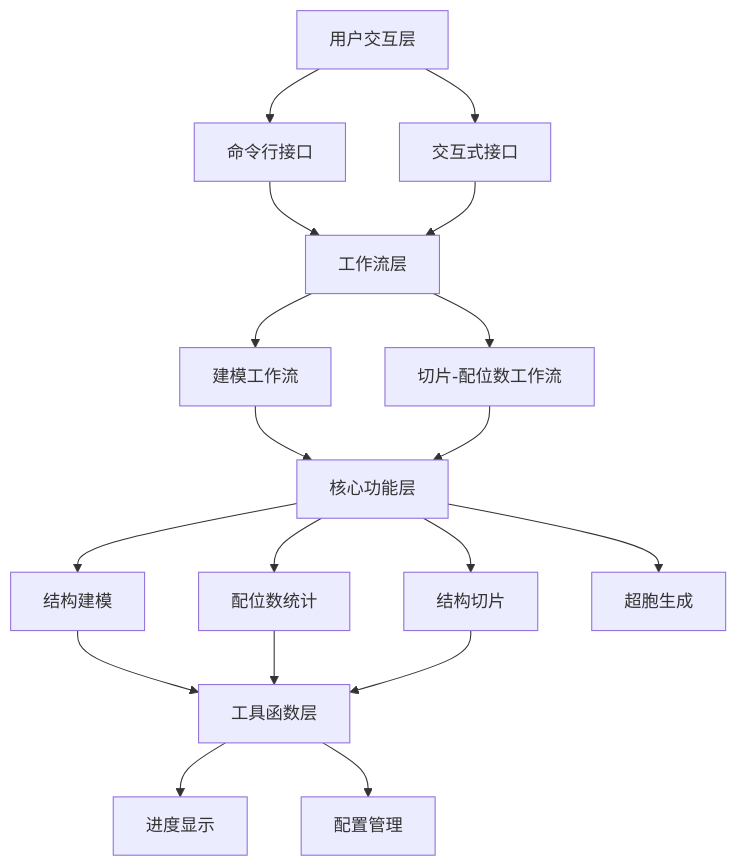
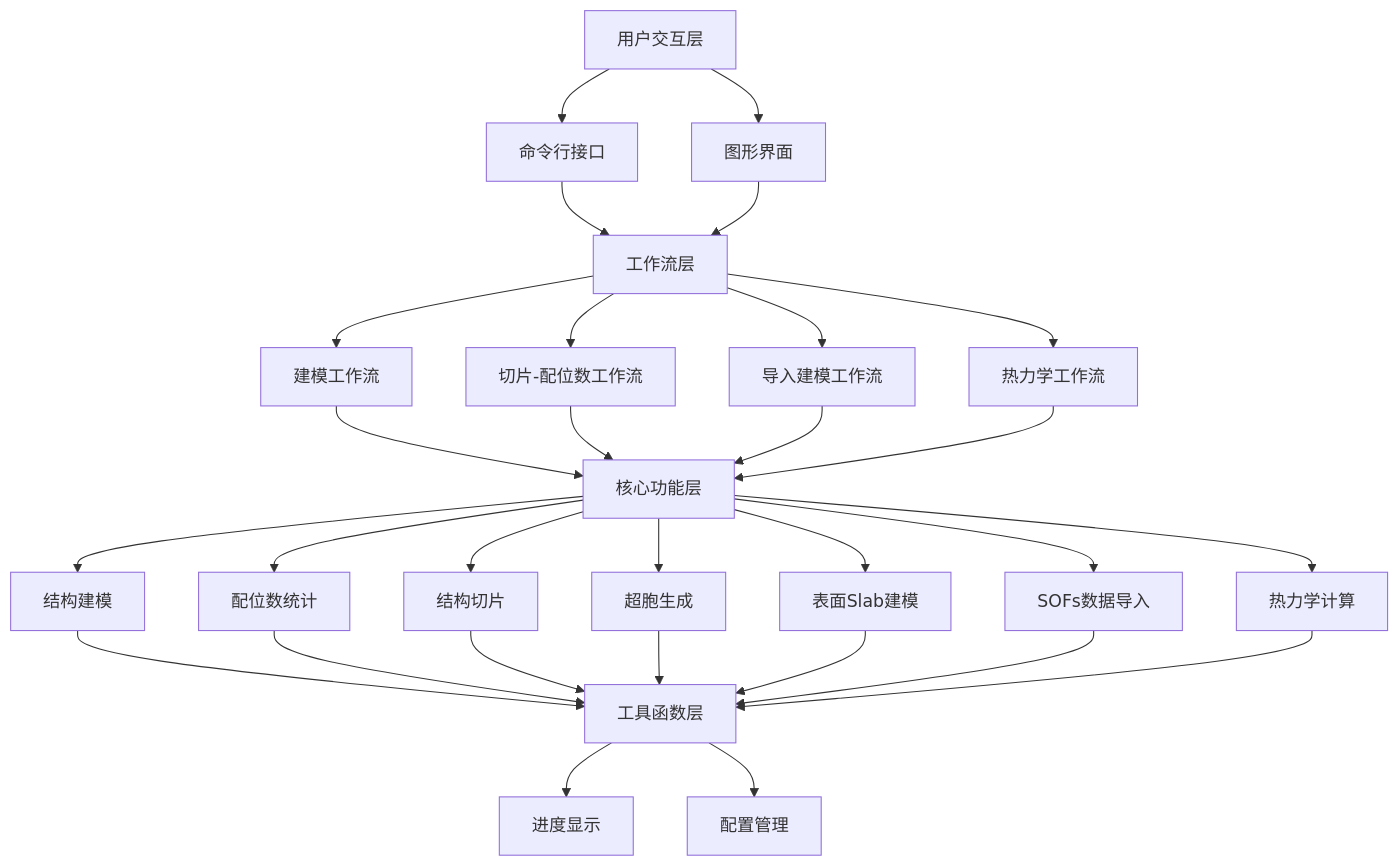
One commit to Barabama/poscarkit changed the diagram in docs/POSCARKIT设计说明书.md. Above: the diagram before and after it, drawn with Mermaid. The commit also changed other lines of this file and 26 other files, not shown here.

````diff
--- a/docs/POSCARKIT设计说明书.md
+++ b/docs/POSCARKIT设计说明书.md
@@ -57,20 +61,31 @@
 ```mermaid
 graph TD
     A[用户交互层] --> B[命令行接口]
-    A --> C[交互式接口]
+    A --> C[图形界面]
     B --> D[工作流层]
     C --> D
     D --> E[建模工作流]
     D --> F[切片-配位数工作流]
-    E --> G[核心功能层]
-    F --> G
-    G --> H[结构建模]
-    G --> I[配位数统计]
-    G --> J[结构切片]
-    G --> K[超胞生成]
-    H --> L[工具函数层]
-    I --> L
-    J --> L
-    L --> M[进度显示]
-    L --> N[配置管理]
+    D --> G[导入建模工作流]
+    D --> H[热力学工作流]
+    E --> I[核心功能层]
+    F --> I
+    G --> I
+    H --> I
+    I --> J[结构建模]
+    I --> K[配位数统计]
+    I --> L[结构切片]
+    I --> M[超胞生成]
+    I --> N[表面Slab建模]
+    I --> O[SOFs数据导入]
+    I --> P[热力学计算]
+    J --> Q[工具函数层]
+    K --> Q
+    L --> Q
+    M --> Q
+    N --> Q
+    O --> Q
+    P --> Q
+    Q --> R[进度显示]
+    Q --> S[配置管理]
 ```
````
